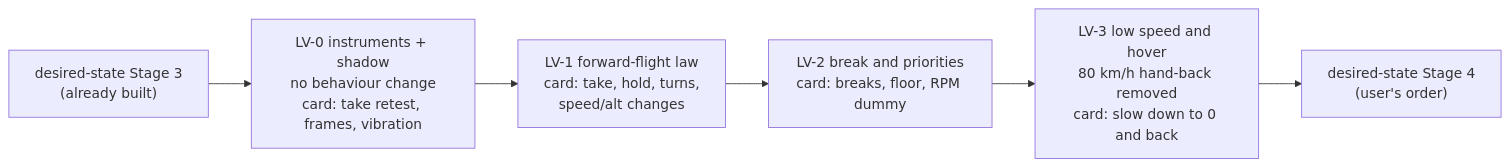
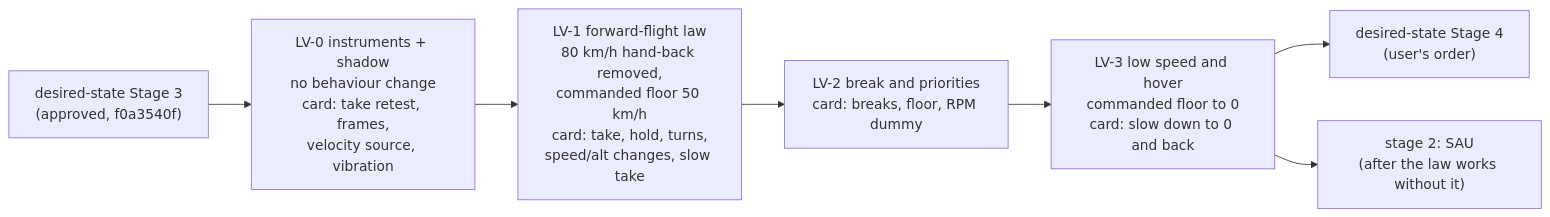
Before and after one commit to lightlyfallingrain/DCS-petrobrain: the sixth of 6 diagrams in plans/flight-lift-vector/plan.md, drawn with Mermaid. The commit also changed other lines of this file and 1 other file, not shown here.

````diff
--- a/plans/flight-lift-vector/plan.md
+++ b/plans/flight-lift-vector/plan.md
@@ -218,8 +257,9 @@
 ```mermaid
 flowchart LR
-  S3["desired-state Stage 3<br/>(already built)"] --> LV0["LV-0 instruments + shadow<br/>no behaviour change<br/>card: take retest, frames, vibration"]
-  LV0 --> LV1["LV-1 forward-flight law<br/>card: take, hold, turns,<br/>speed/alt changes"]
+  S3["desired-state Stage 3<br/>(approved, f0a3540f)"] --> LV0["LV-0 instruments + shadow<br/>no behaviour change<br/>card: take retest, frames,<br/>velocity source, vibration"]
+  LV0 --> LV1["LV-1 forward-flight law<br/>80 km/h hand-back removed,<br/>commanded floor 50 km/h<br/>card: take, hold, turns,<br/>speed/alt changes, slow take"]
   LV1 --> LV2["LV-2 break and priorities<br/>card: breaks, floor, RPM dummy"]
-  LV2 --> LV3["LV-3 low speed and hover<br/>80 km/h hand-back removed<br/>card: slow down to 0 and back"]
+  LV2 --> LV3["LV-3 low speed and hover<br/>commanded floor to 0<br/>card: slow down to 0 and back"]
   LV3 --> S4["desired-state Stage 4<br/>(user's order)"]
+  LV3 --> SAU["stage 2: SAU<br/>(after the law works without it)"]
 ```
````
